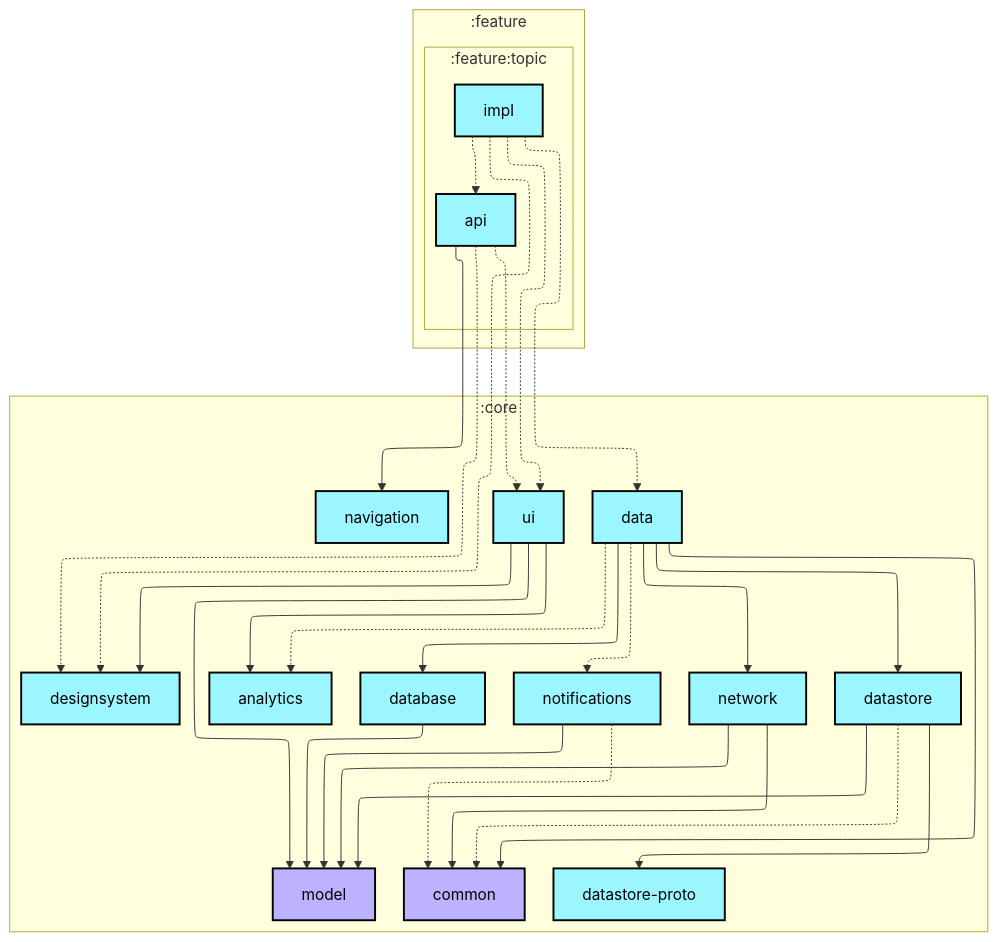
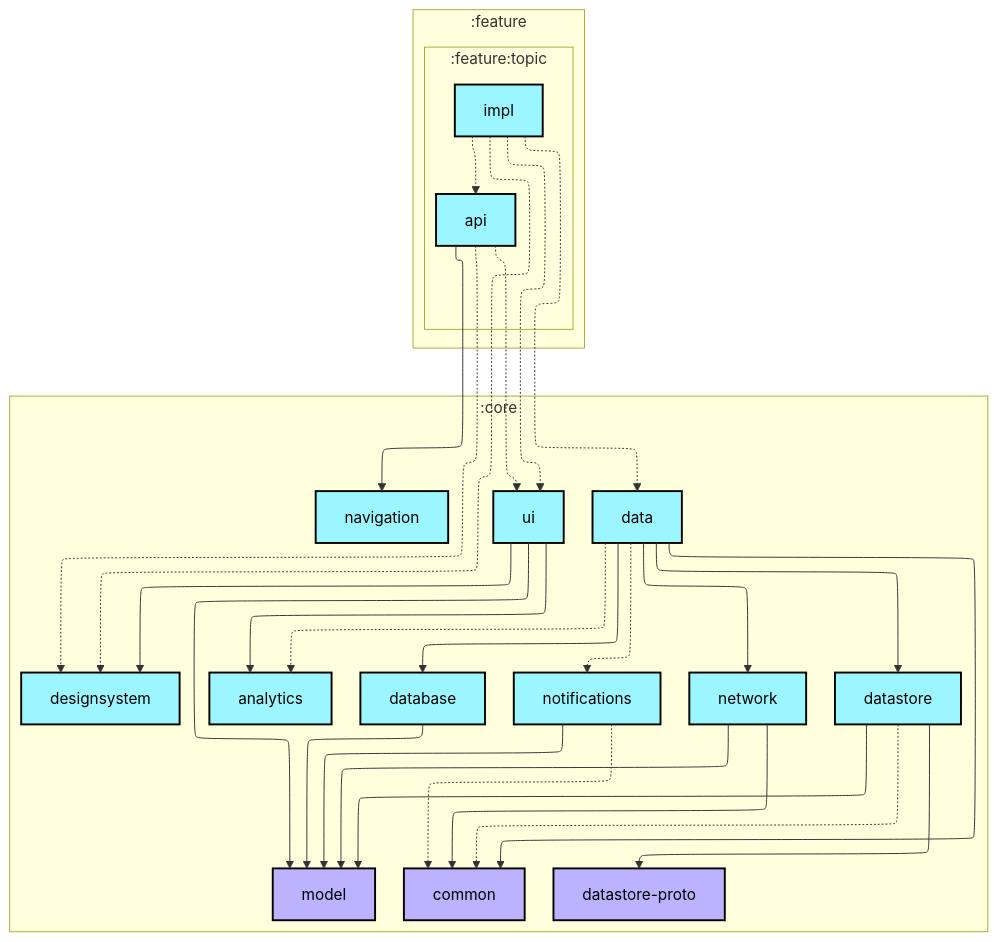
Before and after one commit to android/nowinandroid: the first of 2 diagrams in feature/topic/impl/README.md, drawn with Mermaid. The commit also changed 1 other file, not shown here.

Commit message:
Update README graphs with correct datastore-proto plugin

````diff
--- a/feature/topic/impl/README.md
+++ b/feature/topic/impl/README.md
@@ -6,64 +6,64 @@
 ```mermaid
 ---
 config:
   layout: elk
   elk:
     nodePlacementStrategy: SIMPLE
 ---
 graph TB
   subgraph :feature
     direction TB
     subgraph :feature:topic
       direction TB
       :feature:topic:api[api]:::android-library
       :feature:topic:impl[impl]:::android-library
     end
   end
   subgraph :core
     direction TB
     :core:analytics[analytics]:::android-library
     :core:common[common]:::jvm-library
     :core:data[data]:::android-library
     :core:database[database]:::android-library
     :core:datastore[datastore]:::android-library
-    :core:datastore-proto[datastore-proto]:::android-library
+    :core:datastore-proto[datastore-proto]:::jvm-library
     :core:designsystem[designsystem]:::android-library
     :core:model[model]:::jvm-library
     :core:navigation[navigation]:::android-library
     :core:network[network]:::android-library
     :core:notifications[notifications]:::android-library
     :core:ui[ui]:::android-library
   end
 
   :core:data -.-> :core:analytics
   :core:data --> :core:common
   :core:data --> :core:database
   :core:data --> :core:datastore
   :core:data --> :core:network
   :core:data -.-> :core:notifications
   :core:database --> :core:model
   :core:datastore -.-> :core:common
   :core:datastore --> :core:datastore-proto
   :core:datastore --> :core:model
   :core:network --> :core:common
   :core:network --> :core:model
   :core:notifications -.-> :core:common
   :core:notifications --> :core:model
   :core:ui --> :core:analytics
   :core:ui --> :core:designsystem
   :core:ui --> :core:model
   :feature:topic:api -.-> :core:designsystem
   :feature:topic:api --> :core:navigation
   :feature:topic:api -.-> :core:ui
   :feature:topic:impl -.-> :core:data
   :feature:topic:impl -.-> :core:designsystem
   :feature:topic:impl -.-> :core:ui
   :feature:topic:impl -.-> :feature:topic:api
 
 classDef android-application fill:#CAFFBF,stroke:#000,stroke-width:2px,color:#000;
 classDef android-feature fill:#FFD6A5,stroke:#000,stroke-width:2px,color:#000;
 classDef android-library fill:#9BF6FF,stroke:#000,stroke-width:2px,color:#000;
 classDef android-test fill:#A0C4FF,stroke:#000,stroke-width:2px,color:#000;
 classDef jvm-library fill:#BDB2FF,stroke:#000,stroke-width:2px,color:#000;
 classDef unknown fill:#FFADAD,stroke:#000,stroke-width:2px,color:#000;
 ```
````
